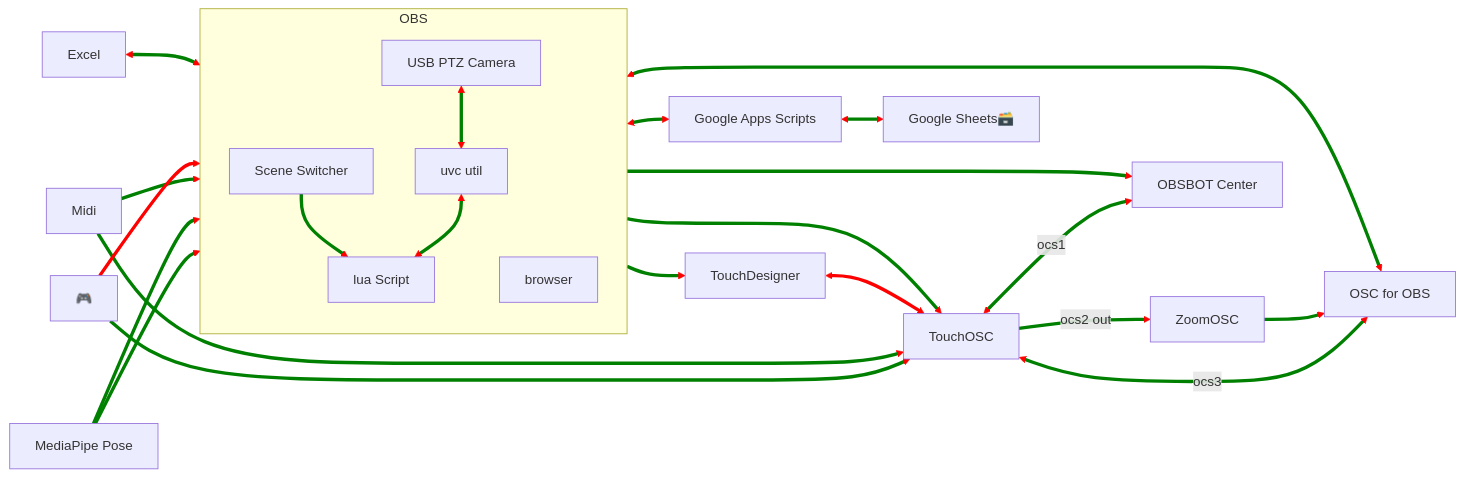
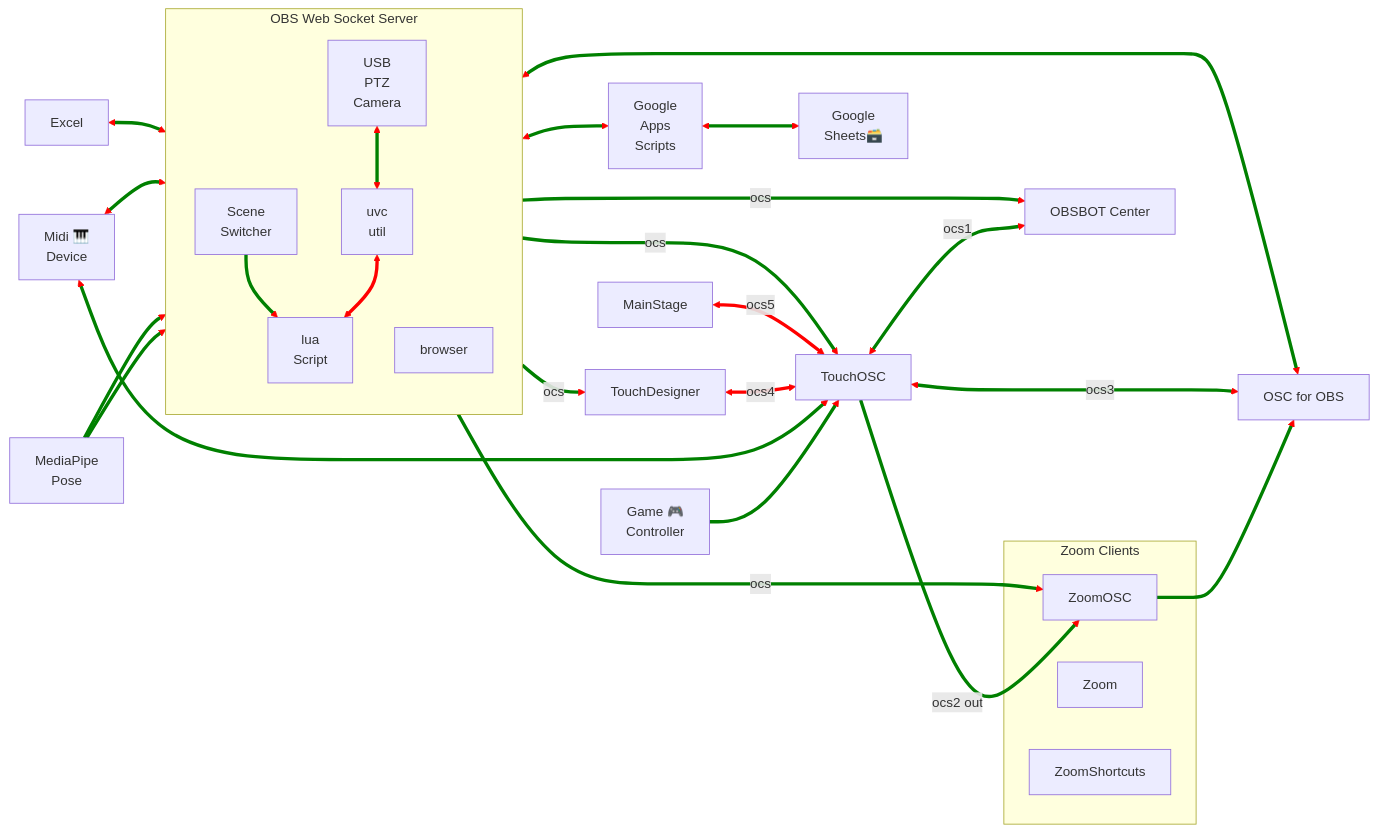
One commit to UUoocl/MediaPipe_for_OBS changed the second of 2 diagrams in README.md. Above: the diagram before and after it, drawn with Mermaid. The commit also changed other lines of this file, not shown here.

````diff
--- a/README.md
+++ b/README.md
@@ -85,38 +86,55 @@
 ```mermaid
 
 flowchart LR
 
 O4O["OSC for OBS"]
-ZOSC[ZoomOSC]
 XL[Excel]
+GC[Game 🎮\n Controller]
+MnStg[MainStage]
+TOSC[TouchOSC]
+TD[TouchDesigner]
+MP["MediaPipe \n Pose"]
+OBSBOT_Center["OBSBOT Center"]
+GAS["Google \n Apps \n Scripts"]
+GS["Google \n Sheets🗃️"]
+Midi["Midi 🎹 \n Device"]
 
-ss-->TD
-MP["MediaPipe Pose"] -->ss
-MP["MediaPipe Pose"] -->obs-b
-ss-->OBSBOT_Center
-TOSC<--"ocs1"-->OBSBOT_Center["OBSBOT Center"]
+GC-->TOSC
+MP -->ss
+MP -->obs-b
+ZOSC-->O4O
+TOSC<--"ocs1"-->OBSBOT_Center
 TOSC --"ocs2 out"--> ZOSC
 TOSC <--"ocs3"--> O4O
-ZOSC-->O4O
-ss-->TOSC
-GC[🎮] -->TOSC
-Midi[Midi] --> TOSC
-obs-b<-->GAS["Google Apps Scripts"]
-GAS<-->GS["Google Sheets🗃️"]
+obs-b<-->GAS
+GAS<-->GS
+XL <--> OBS
 O4O<-->OBS
-subgraph OBS
+Midi <--> TOSC
+Midi<-->ss
+ss--"ocs"-->TD
+ss--"ocs"-->TOSC
+ss--"ocs"-->ZOSC
+ss--"ocs"-->OBSBOT_Center
+
+subgraph Zoom Clients
+    Zoom
+    ZoomShortcuts
+    ZOSC[ZoomOSC]
+end
+
+subgraph OBS[OBS Web Socket Server]
     direction TB
     ss-->lua
-    camera["USB PTZ Camera"]<-->util
-    util["uvc util"]<-->lua["lua Script"]
+    camera["USB \n PTZ \n Camera"]<-->util
+    util["uvc \n util"]<-->lua["lua \n Script"]
     obs-b[browser]
-    ss["Scene Switcher"]
+    ss["Scene \n Switcher"]
 end
-XL <--> OBS
-Midi-->ss
-TD[TouchDesigner]<-->TOSC[TouchOSC]
-GC-->obs-b
+
+TD<--"ocs4"-->TOSC
+MnStg<--"ocs5"-->TOSC
 
 linkStyle default stroke-width:4px,fill:none,stroke:red;
 linkStyle 0,1,2,3,4,5,6,7,8,9,10,11,12,13,14,15,16,17,18 stroke-width:4px,fill:none,stroke:green;
 ```
````
